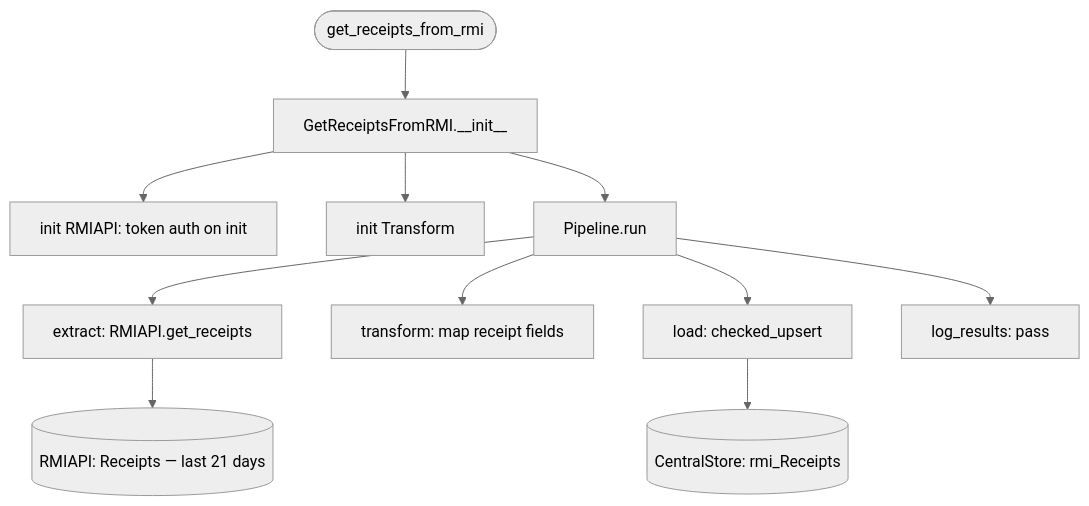
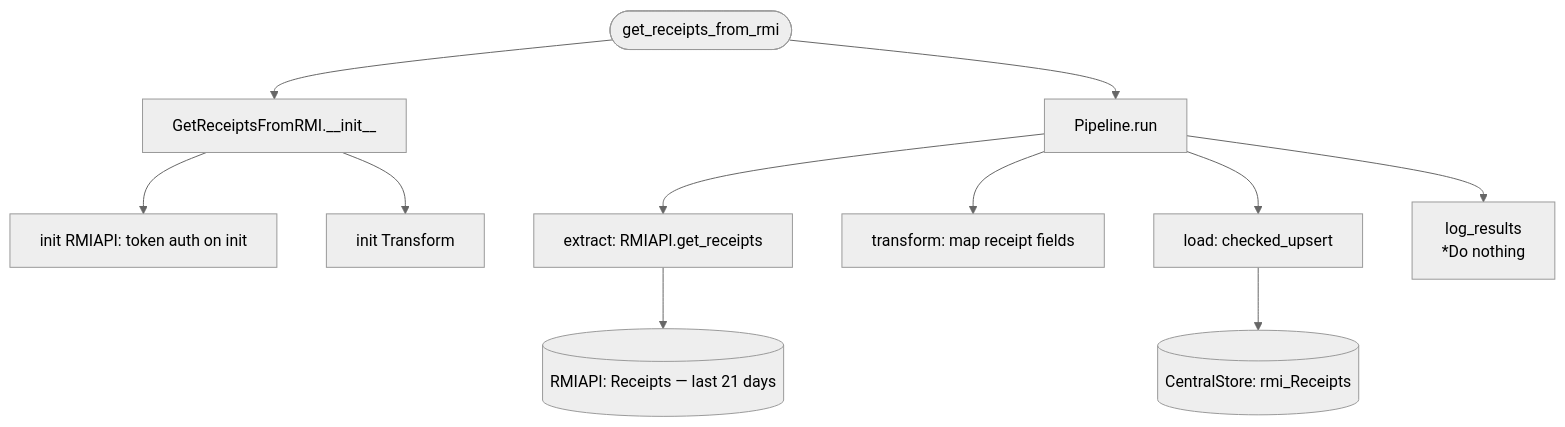
The diagram in docs/pipelines/get_receipts_from_rmi.md (journeyhl/logistics-integration-platform), drawn with Mermaid (neutral theme) before and after one commit. The commit also changed 20 other files, not shown here.

````diff
--- a/docs/pipelines/get_receipts_from_rmi.md
+++ b/docs/pipelines/get_receipts_from_rmi.md
@@ -1,18 +1,18 @@
 ```mermaid
 %%{init: {"flowchart": {"wrappingWidth": 400}}}%%
 flowchart TD
     A([get_receipts_from_rmi]) --> B[GetReceiptsFromRMI.__init__]
     B --> B1[init RMIAPI: token auth on init]
     B --> B2[init Transform]
-    B --> RUN[Pipeline.run]
+    A --> RUN[Pipeline.run]
 
     RUN --> EX[extract: RMIAPI.get_receipts]
     EX --> D1[(RMIAPI: Receipts — last 21 days)]
 
     RUN --> TR[transform: map receipt fields]
 
     RUN --> LD[load: checked_upsert]
     LD --> CS1[(CentralStore: rmi_Receipts)]
 
-    RUN --> LR[log_results: pass]
+    RUN --> LR[log_results<br/>*Do nothing]
 ```
````
